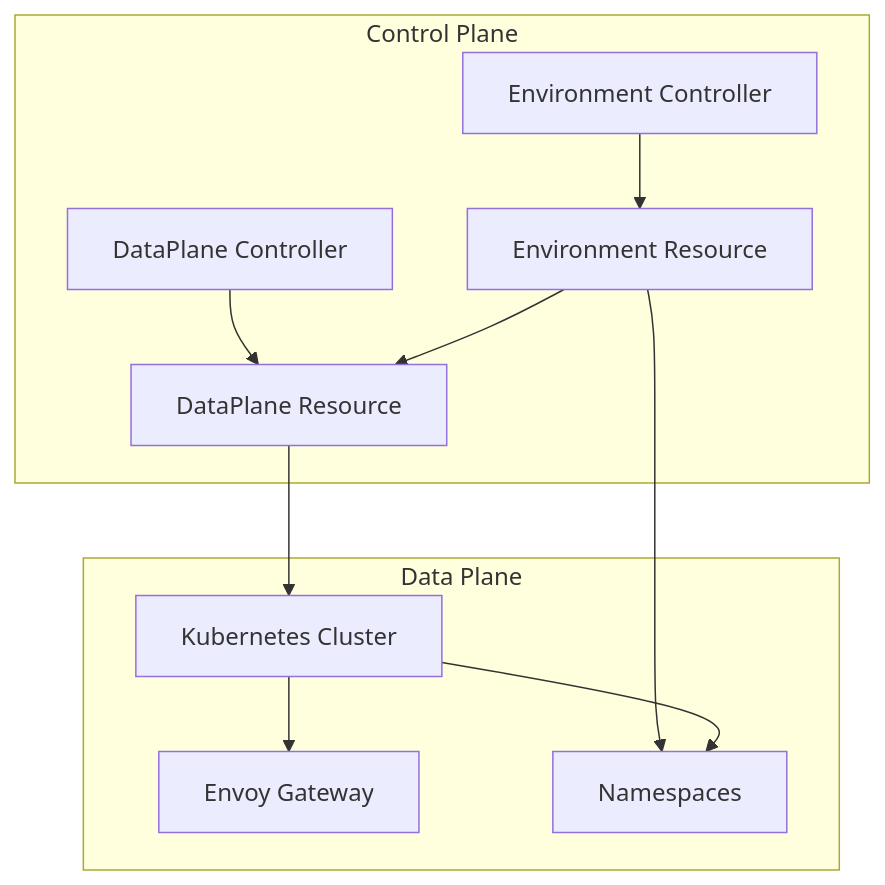
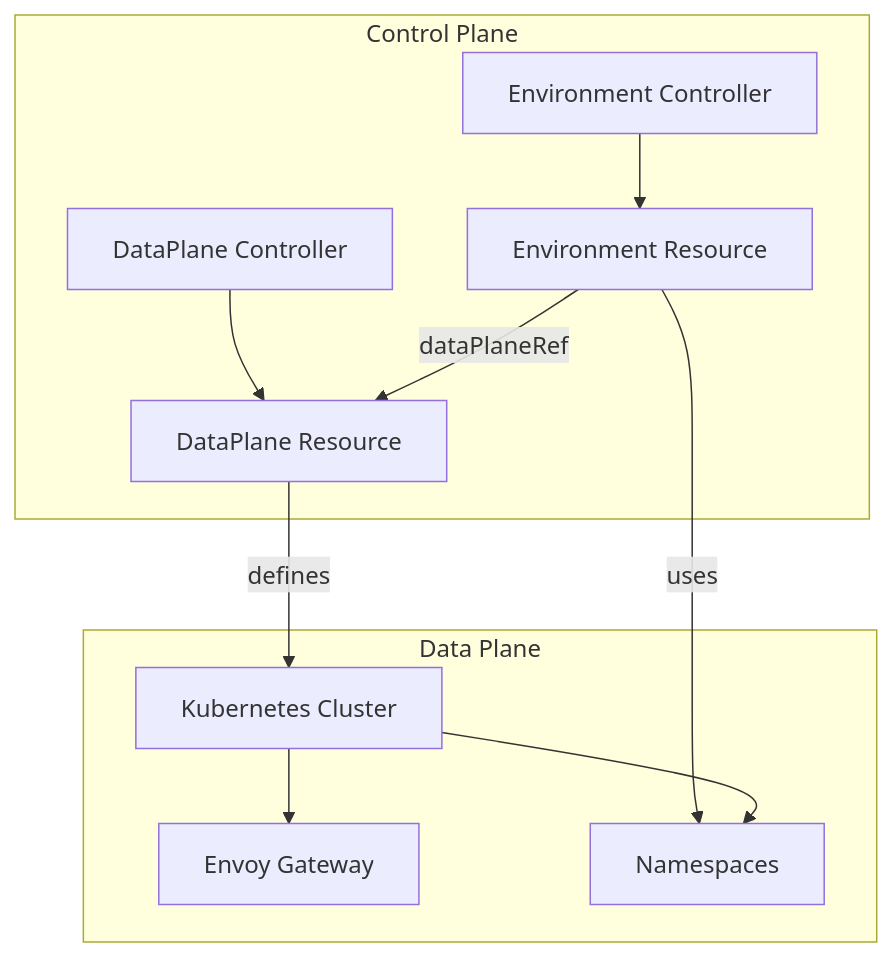
The third of 5 diagrams in docs/deepwiki/Build-and-Deployment-Resources.md (openchoreo/openchoreo), drawn with Mermaid before and after one commit. The commit also changed other lines of this file and 85 other files, not shown here.

Commit message:
feat: Add new workflow and specification templates, update Helm chart dependencies, and clarify documentation diagrams.

````diff
--- a/docs/deepwiki/Build-and-Deployment-Resources.md
+++ b/docs/deepwiki/Build-and-Deployment-Resources.md
@@ -184,32 +184,32 @@
 ```mermaid
 flowchart TD
 
 EC["Environment Controller"]
 DPC["DataPlane Controller"]
 ER["Environment Resource"]
 DPR["DataPlane Resource"]
 K8s["Kubernetes Cluster"]
 Gateway["Envoy Gateway"]
 Namespaces["Namespaces"]
 
-DPR --> K8s
-ER --> Namespaces
+DPR -->|"defines"| K8s
+ER -->|"uses"| Namespaces
 
 subgraph subGraph1 ["Data Plane"]
     K8s
     Gateway
     Namespaces
     K8s --> Gateway
     K8s --> Namespaces
 end
 
 subgraph subGraph0 ["Control Plane"]
     EC
     DPC
     ER
     DPR
     EC --> ER
     DPC --> DPR
-    ER --> DPR
+    ER -->|"dataPlaneRef"| DPR
 end
 ```
````
